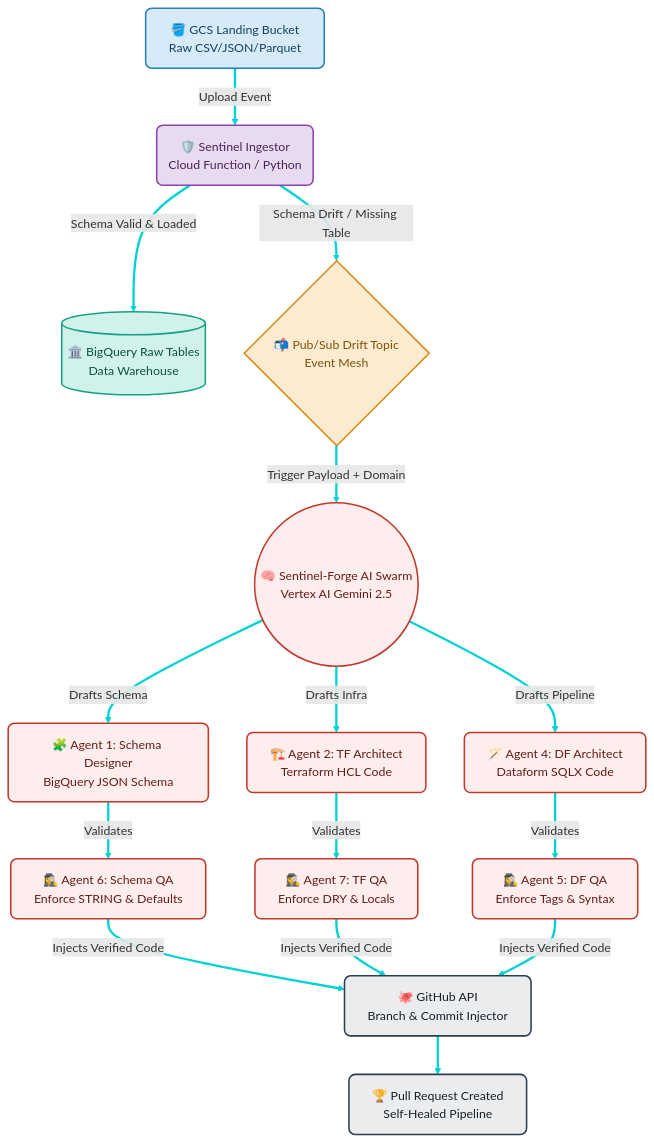
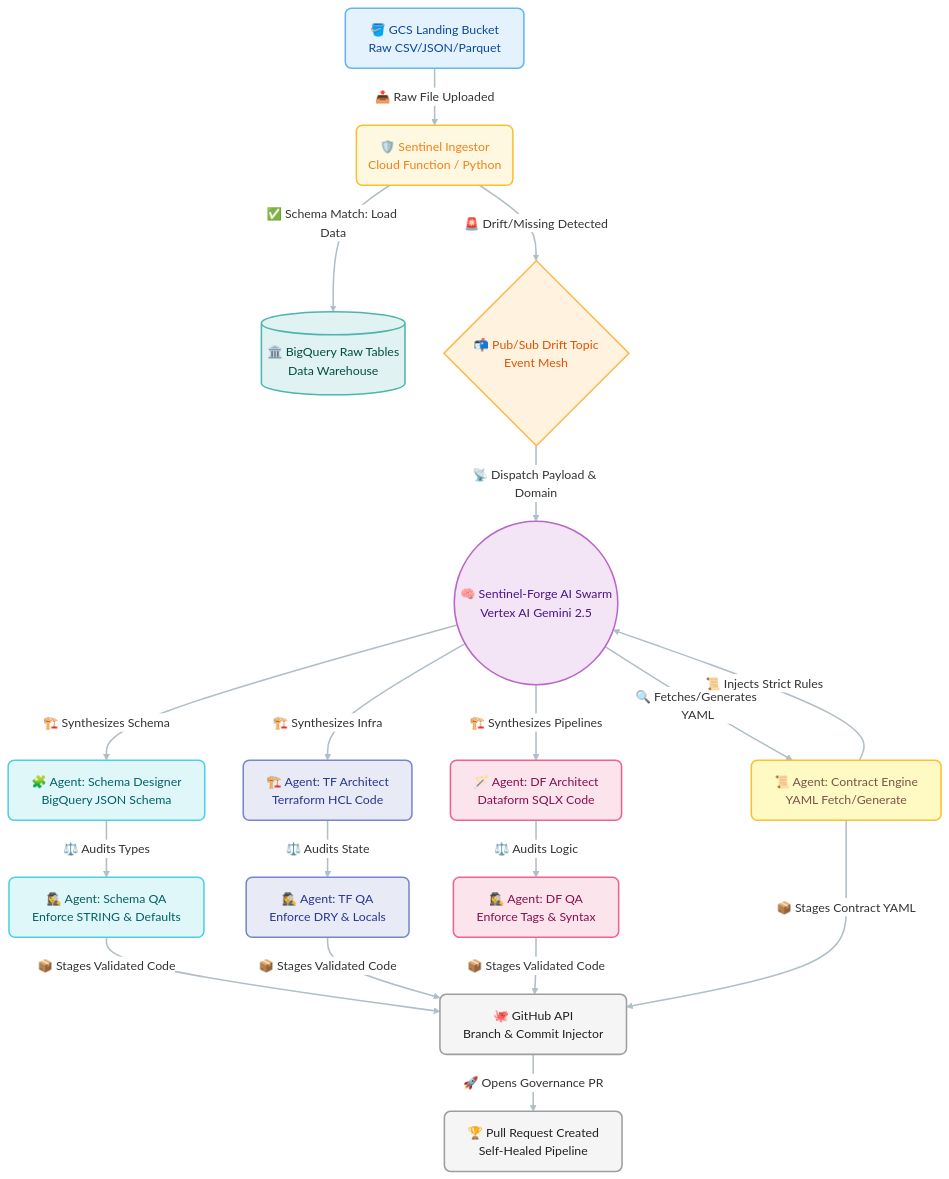
Before and after one commit to Vijayrajdev/sentinel: the diagram in README.md, drawn with Mermaid. The commit also changed other lines of this file, not shown here.

Commit message:
Docs: updated the readme file.

````diff
--- a/README.md
+++ b/README.md
@@ -26,51 +26,66 @@
 ```mermaid
+%%{init: {'theme': 'base', 'themeVariables': { 'edgeLabelBackground': '#FFFFFF', 'lineColor': '#B0BEC5', 'textColor': '#2C3E50' }}}%%
 graph TD
-    %% Global Link Styling (Vibrant Cyan for Dark Mode visibility)
-    linkStyle default stroke:#00D2D3,stroke-width:3px;
+    %% Global Link Styling (Removed color hex to prevent parser crash)
+    linkStyle default stroke:#B0BEC5,stroke-width:2px;
 
-    %% Node Definitions with Detailed Labels
+    %% Node Definitions
     A[🪣 GCS Landing Bucket<br>Raw CSV/JSON/Parquet]:::storage
     B(🛡️ Sentinel Ingestor<br>Cloud Function / Python):::compute
     C[(🏛️ BigQuery Raw Tables<br>Data Warehouse)]:::database
     D{📬 Pub/Sub Drift Topic<br>Event Mesh}:::pubsub
+    
+    E((🧠 Sentinel-Forge AI Swarm<br>Vertex AI Gemini 2.5)):::ai_brain
 
-    E((🧠 Sentinel-Forge AI Swarm<br>Vertex AI Gemini 2.5)):::ai
+    %% The Contract Agent
+    X[📜 Agent: Contract Engine<br>YAML Fetch/Generate]:::contract
 
     %% The Makers
-    F[🧩 Agent 1: Schema Designer<br>BigQuery JSON Schema]:::ai
-    G[🏗️ Agent 2: TF Architect<br>Terraform HCL Code]:::ai
-    H[🪄 Agent 4: DF Architect<br>Dataform SQLX Code]:::ai
+    F[🧩 Agent: Schema Designer<br>BigQuery JSON Schema]:::schema_ai
+    G[🏗️ Agent: TF Architect<br>Terraform HCL Code]:::tf_ai
+    H[🪄 Agent: DF Architect<br>Dataform SQLX Code]:::df_ai
 
     %% The Checkers
-    Q1[🕵️‍♀️ Agent 6: Schema QA<br>Enforce STRING & Defaults]:::ai
-    Q2[🕵️‍♀️ Agent 7: TF QA<br>Enforce DRY & Locals]:::ai
-    Q3[🕵️‍♀️ Agent 5: DF QA<br>Enforce Tags & Syntax]:::ai
+    Q1[🕵️‍♀️ Agent: Schema QA<br>Enforce STRING & Defaults]:::schema_ai
+    Q2[🕵️‍♀️ Agent: TF QA<br>Enforce DRY & Locals]:::tf_ai
+    Q3[🕵️‍♀️ Agent: DF QA<br>Enforce Tags & Syntax]:::df_ai
 
     I[🐙 GitHub API<br>Branch & Commit Injector]:::git
     J[🏆 Pull Request Created<br>Self-Healed Pipeline]:::git
 
-    %% Connections
-    A -->|Upload Event| B
-    B -->|Schema Valid & Loaded| C
-    B -->|Schema Drift / Missing Table| D
-    D -->|Trigger Payload + Domain| E
+    %% Connections with Rich Action Labels
+    A -->| 📤 Raw File Uploaded | B
+    B -->| ✅ Schema Match: Load Data | C
+    B -->| 🚨 Drift/Missing Detected | D
+    D -->| 📡 Dispatch Payload & Domain | E
+    
+    E -->| 🔍 Fetches/Generates YAML | X
+    X -->| 📜 Injects Strict Rules | E
 
-    E -->|Drafts Schema| F
-    E -->|Drafts Infra| G
-    E -->|Drafts Pipeline| H
+    E -->| 🏗️ Synthesizes Schema | F
+    E -->| 🏗️ Synthesizes Infra | G
+    E -->| 🏗️ Synthesizes Pipelines | H
 
-    F -->|Validates| Q1
-    G -->|Validates| Q2
-    H -->|Validates| Q3
+    F -->| ⚖️ Audits Types | Q1
+    G -->| ⚖️ Audits State | Q2
+    H -->| ⚖️ Audits Logic | Q3
 
-    Q1 & Q2 & Q3 -->|Injects Verified Code| I
-    I --> J
+    %% Committing to Git (Including the Contract)
+    Q1 & Q2 & Q3 -->| 📦 Stages Validated Code | I
+    X -->| 📦 Stages Contract YAML | I
+    I -->| 🚀 Opens Governance PR | J
 
-    %% Class Definitions (Rich light shades with high-contrast dark borders & text)
-    classDef storage fill:#D6EAF8,stroke:#2980B9,stroke-width:2px,color:#154360,rx:8px,ry:8px;
-    classDef compute fill:#E8DAEF,stroke:#8E44AD,stroke-width:2px,color:#4A235A,rx:8px,ry:8px;
-    classDef database fill:#D1F2EB,stroke:#16A085,stroke-width:2px,color:#0B5345,rx:8px,ry:8px;
-    classDef pubsub fill:#FDEBD0,stroke:#D68910,stroke-width:2px,color:#7E5109,rx:8px,ry:8px;
-    classDef ai fill:#FDEDEC,stroke:#C0392B,stroke-width:2px,color:#641E16,rx:8px,ry:8px;
-    classDef git fill:#EAECEE,stroke:#2C3E50,stroke-width:2px,color:#17202A,rx:8px,ry:8px;
+    %% System Class Definitions (Light, Beautiful, Modern Colors)
+    classDef storage fill:#E3F2FD,stroke:#64B5F6,stroke-width:2px,color:#0D47A1,rx:8px,ry:8px;
+    classDef compute fill:#FFF8E1,stroke:#FBC02D,stroke-width:2px,color:#F57F17,rx:8px,ry:8px;
+    classDef database fill:#E0F2F1,stroke:#4DB6AC,stroke-width:2px,color:#004D40,rx:8px,ry:8px;
+    classDef pubsub fill:#FFF3E0,stroke:#FFB74D,stroke-width:2px,color:#E65100,rx:8px,ry:8px;
+    classDef git fill:#F5F5F5,stroke:#9E9E9E,stroke-width:2px,color:#212121,rx:8px,ry:8px;
+
+    %% Specialized Agent Swarm Colors
+    classDef ai_brain fill:#F3E5F5,stroke:#BA68C8,stroke-width:2px,color:#4A148C,rx:8px,ry:8px;
+    classDef contract fill:#FFF9C4,stroke:#FBC02D,stroke-width:2px,color:#795548,rx:8px,ry:8px;
+    classDef schema_ai fill:#E0F7FA,stroke:#4DD0E1,stroke-width:2px,color:#006064,rx:8px,ry:8px;
+    classDef tf_ai fill:#E8EAF6,stroke:#7986CB,stroke-width:2px,color:#283593,rx:8px,ry:8px;
+    classDef df_ai fill:#FCE4EC,stroke:#F06292,stroke-width:2px,color:#880E4F,rx:8px,ry:8px;
 ```
````
